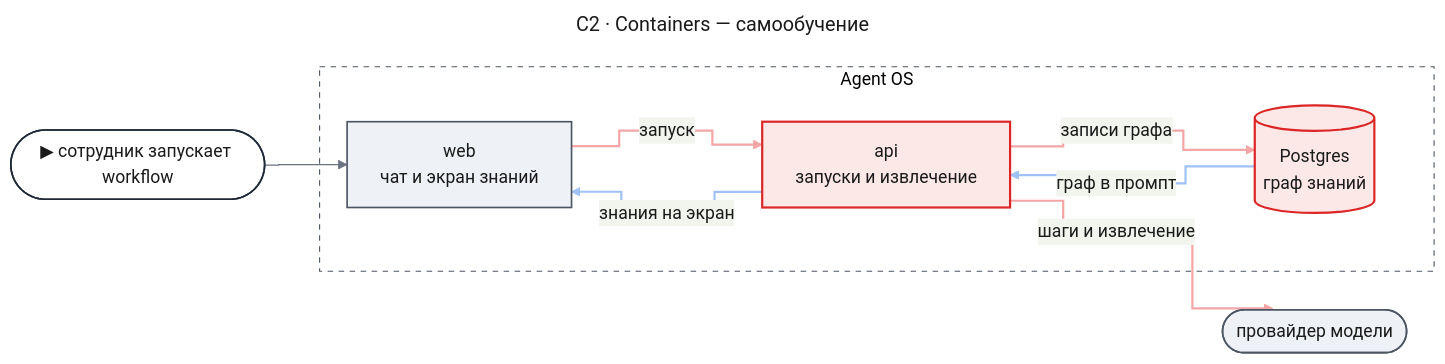
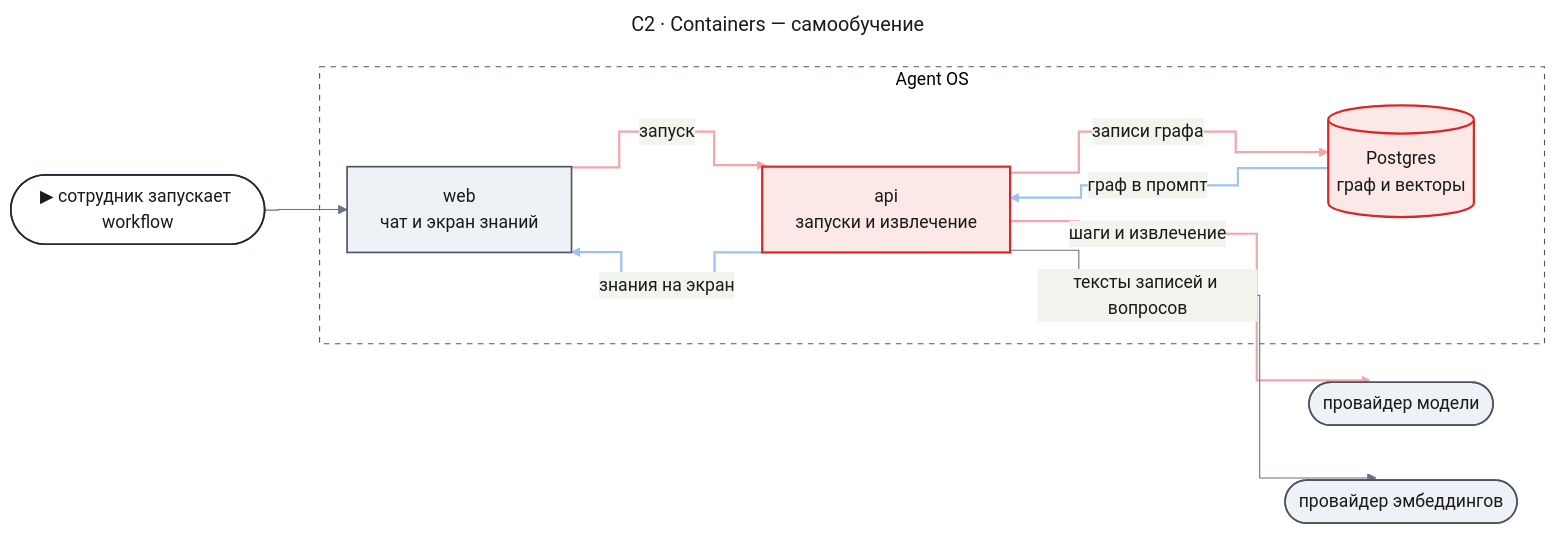
Before and after one commit to tundraray/agent-os: the first of 11 diagrams in docs/features/self-learning/design-core.md, drawn with Mermaid. The commit also changed other lines of this file, not shown here.

````diff
--- a/docs/features/self-learning/design-core.md
+++ b/docs/features/self-learning/design-core.md
@@ -195,50 +239,52 @@
 ```mermaid
 ---
 title: "C2 · Containers — самообучение"
 config:
   theme: base
   look: classic
   themeVariables:
     primaryColor: "#eef1f5"
     primaryBorderColor: "#4b5563"
     primaryTextColor: "#1a1a1a"
     lineColor: "#6b7280"
   flowchart:
     curve: step
   themeCSS: |
     @keyframes lit_c2sl{0%,18%{stroke:#991b1b;stroke-width:6px}20%,100%{stroke:#f4a5a5;stroke-width:2px}}
     @keyframes litr_c2sl{0%,18%{stroke:#1d4ed8;stroke-width:6px}20%,100%{stroke:#9ec1f7;stroke-width:2px}}
 ---
 flowchart LR
     entry(["▶ сотрудник запускает workflow"])
     subgraph aos["Agent OS"]
         web["web<br/>чат и экран знаний"]
         api["api<br/>запуски и извлечение"]
-        pg[("Postgres<br/>граф знаний")]
+        pg[("Postgres<br/>граф и векторы")]
     end
     llm(["провайдер модели"])
+    emb(["провайдер эмбеддингов"])
     entry --> web
     web e1@-->|"запуск"| api
     api e2@-->|"шаги и извлечение"| llm
     api e3@-->|"записи графа"| pg
     pg e4@-->|"граф в промпт"| api
     api e5@-->|"знания на экран"| web
+    api -->|"тексты записей и вопросов"| emb
     classDef entry fill:#ffffff,stroke:#1f2937,stroke-width:1.5px,color:#1a1a1a
     classDef changed fill:#fde8e8,stroke:#dc2626,stroke-width:2px,color:#1a1a1a
     classDef unchanged fill:#eef1f5,stroke:#4b5563,stroke-width:1.5px,color:#1a1a1a
     classDef boundary fill:none,stroke:#4b5563,stroke-width:1px,stroke-dasharray:5 5
     classDef w1 stroke:#f4a5a5,stroke-width:2px,animation:lit_c2sl 6s linear 0s infinite
     classDef w2 stroke:#f4a5a5,stroke-width:2px,animation:lit_c2sl 6s linear 1.2s infinite
     classDef w3 stroke:#f4a5a5,stroke-width:2px,animation:lit_c2sl 6s linear 2.4s infinite
     classDef r4 stroke:#9ec1f7,stroke-width:2px,animation:litr_c2sl 6s linear 3.6s infinite
     classDef r5 stroke:#9ec1f7,stroke-width:2px,animation:litr_c2sl 6s linear 4.8s infinite
     class entry entry
     class api,pg changed
-    class web,llm unchanged
+    class web,llm,emb unchanged
     class aos boundary
     class e1 w1
     class e2 w2
     class e3 w3
     class e4 r4
     class e5 r5
 ```
````
